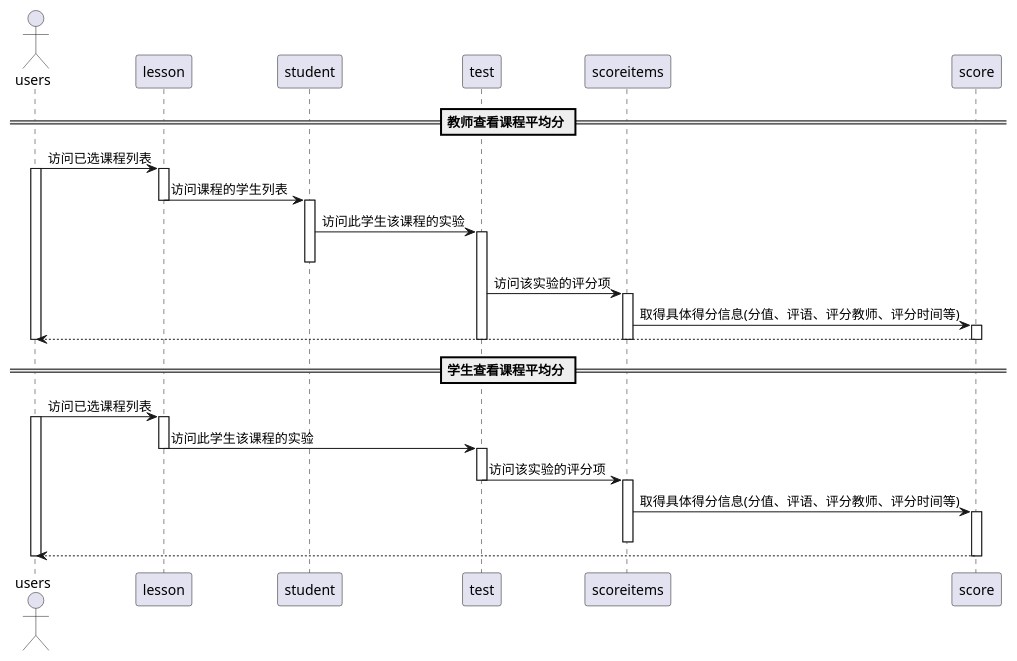
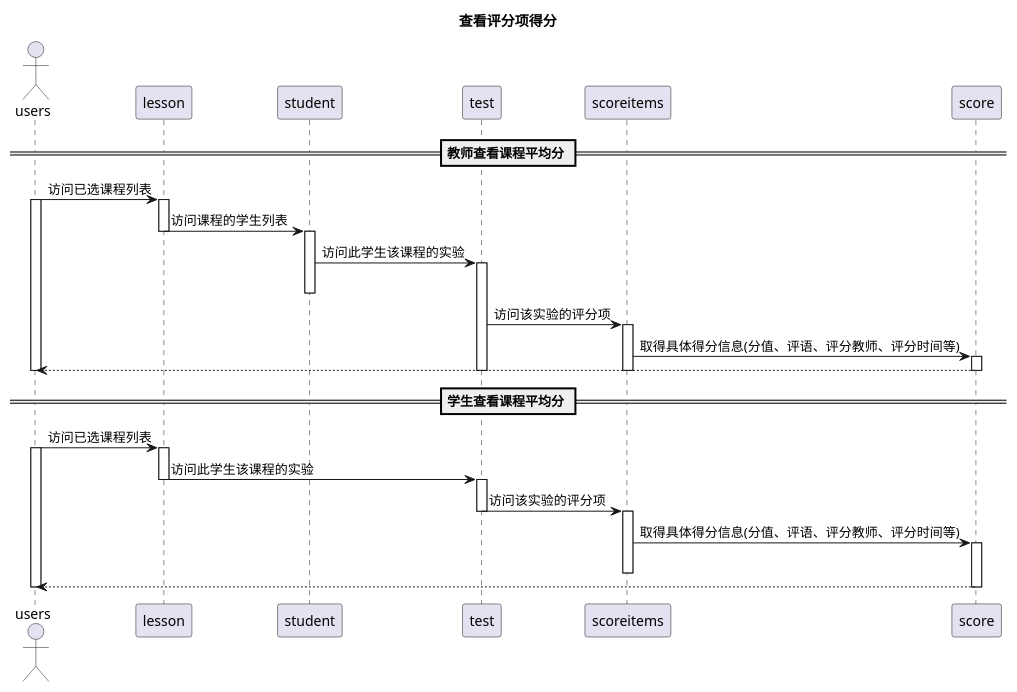
Before and after one commit to mzy1997/is_analysis: the diagram in test6/src/showResultsDetails.puml, drawn with PlantUML. The commit also changed 35 other files, not shown here.

```diff
--- a/test6/src/showResultsDetails.puml
+++ b/test6/src/showResultsDetails.puml
@@ -1,43 +1,44 @@
 @startuml
+title 查看评分项得分
 actor users
 participant lesson
 participant student
 participant test
 participant scoreitems
 participant score
 == 教师查看课程平均分 ==
 users -> lesson:访问已选课程列表
 activate users
 activate lesson
 lesson -> student:访问课程的学生列表
 deactivate lesson
 activate student
 student ->test:访问此学生该课程的实验
 activate test
 deactivate student
 test -> scoreitems:访问该实验的评分项
 activate scoreitems
 scoreitems -> score:取得具体得分信息(分值、评语、评分教师、评分时间等)
 activate score
 score -->users
 deactivate test
 deactivate scoreitems
 deactivate score
 deactivate users
 == 学生查看课程平均分 ==
 users -> lesson:访问已选课程列表
 activate users
 activate lesson
 lesson ->test:访问此学生该课程的实验
 deactivate lesson
 activate test
 test -> scoreitems:访问该实验的评分项
 deactivate test
 activate scoreitems
 scoreitems -> score:取得具体得分信息(分值、评语、评分教师、评分时间等)
 activate score
 deactivate scoreitems
 score -->users
 deactivate score
 deactivate users
 @enduml
```
